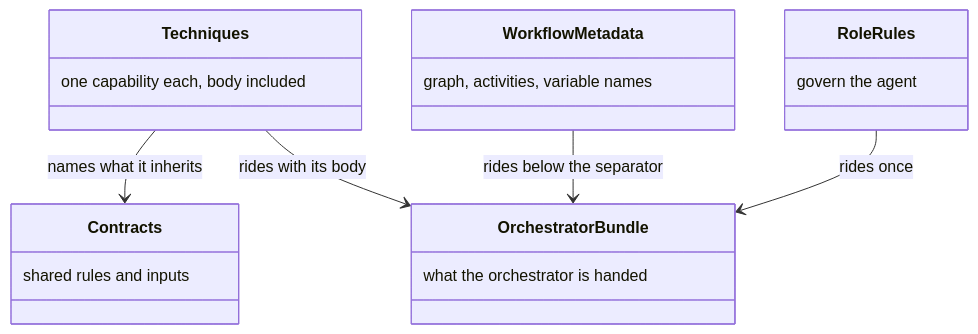
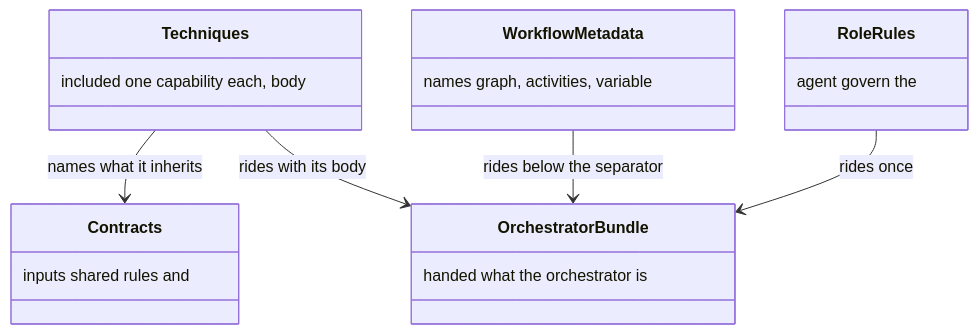
One commit to m2ux/workflow-server changed the fourth of 26 diagrams in docs/delivery.md. Above: the diagram before and after it, drawn with Mermaid. The commit also changed other lines of this file and 13 other files, not shown here.

Commit message:
Keep one fidelity page, and define each term where the introductions first use it.

````diff
--- a/docs/delivery.md
+++ b/docs/delivery.md
@@ -64,22 +64,22 @@
 ```mermaid
 classDiagram
   class Techniques {
-    one capability each, body included
+    included one capability each, body
   }
   class Contracts {
-    shared rules and inputs
+    inputs shared rules and
   }
   class RoleRules {
-    govern the agent
+    agent govern the
   }
   class WorkflowMetadata {
-    graph, activities, variable names
+    names graph, activities, variable
   }
   class OrchestratorBundle {
-    what the orchestrator is handed
+    handed what the orchestrator is
   }
   Techniques --> Contracts : names what it inherits
   RoleRules --> OrchestratorBundle : rides once
   WorkflowMetadata --> OrchestratorBundle : rides below the separator
   Techniques --> OrchestratorBundle : rides with its body
 ```
````
